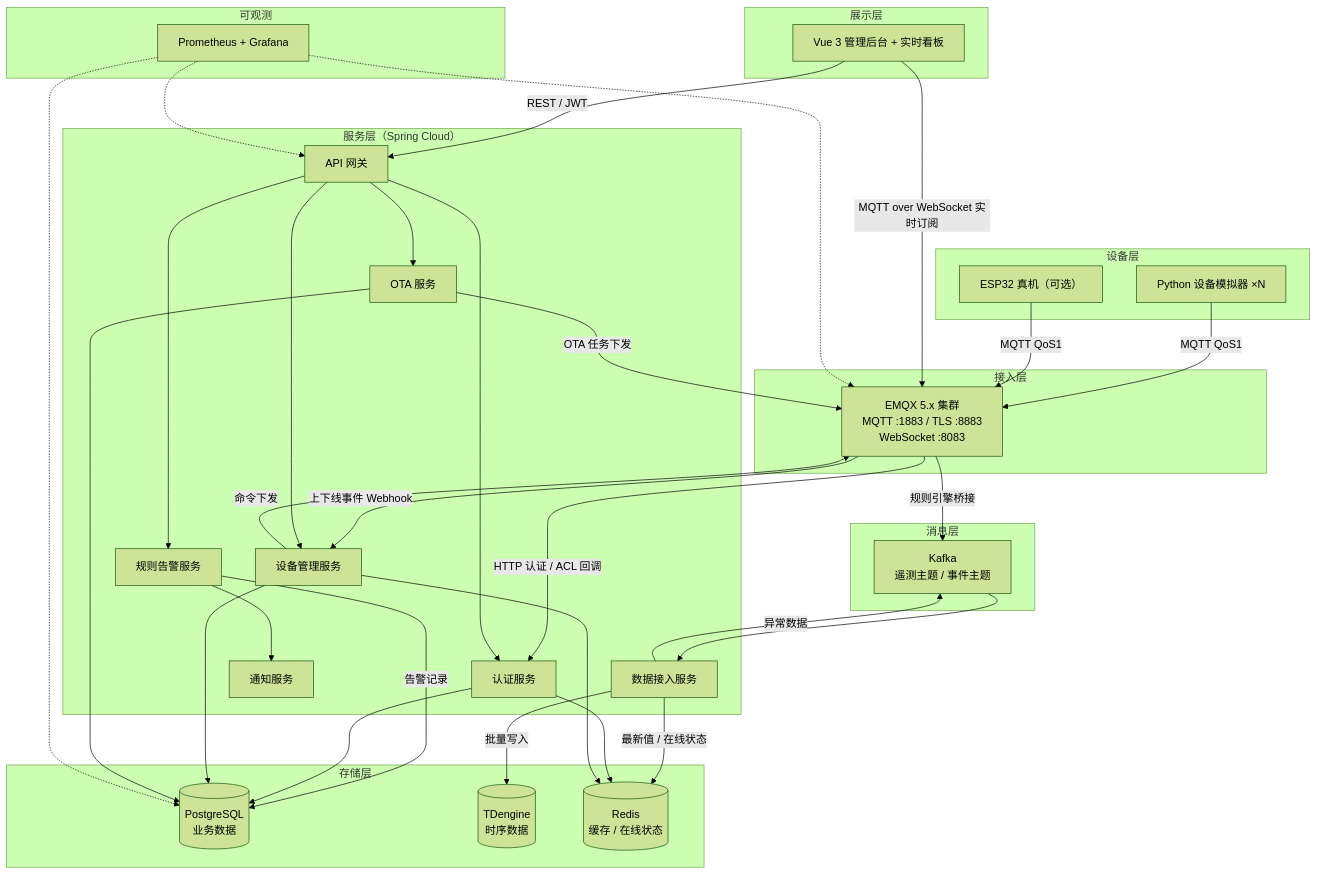
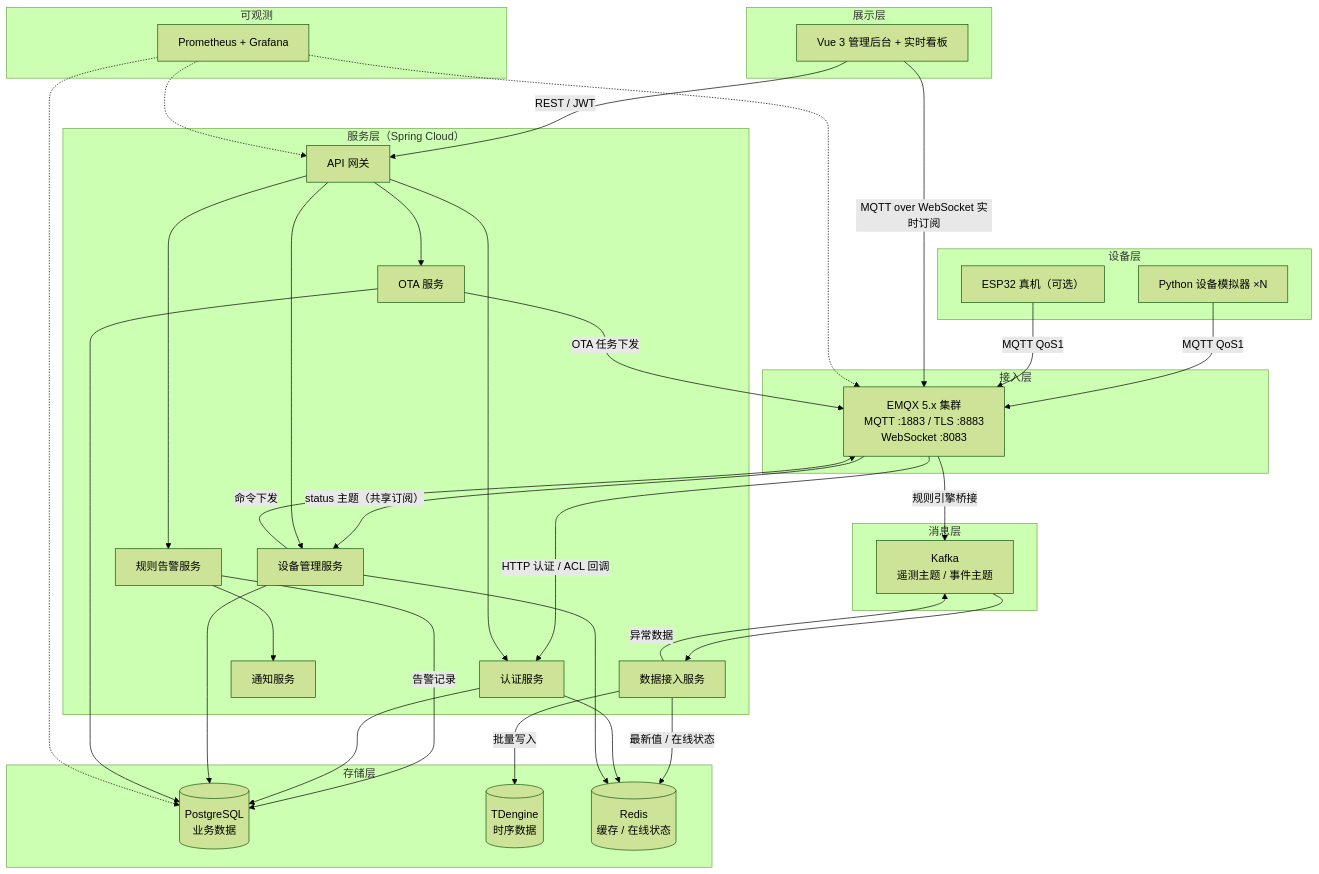
The first of 15 diagrams in docs/design.md (wuzhudexiaopacai/coherer), drawn with Mermaid (forest theme) before and after one commit. The commit also changed other lines of this file and 33 other files, not shown here.

````diff
--- a/docs/design.md
+++ b/docs/design.md
@@ -8,73 +8,73 @@
 ```mermaid
 flowchart TB
     subgraph DEV["设备层"]
         SIM["Python 设备模拟器 ×N"]
         ESP["ESP32 真机（可选）"]
     end
 
     subgraph ACCESS["接入层"]
         EMQX["EMQX 5.x 集群<br/>MQTT :1883 / TLS :8883<br/>WebSocket :8083"]
     end
 
     subgraph MSG["消息层"]
         KAFKA["Kafka<br/>遥测主题 / 事件主题"]
     end
 
     subgraph SVC["服务层（Spring Cloud）"]
         GW["API 网关"]
         AUTH["认证服务"]
         DEVSVC["设备管理服务"]
         INGEST["数据接入服务"]
         RULE["规则告警服务"]
         OTASVC["OTA 服务"]
         NOTIFY["通知服务"]
     end
 
     subgraph STORE["存储层"]
         PG[("PostgreSQL<br/>业务数据")]
         TD[("TDengine<br/>时序数据")]
         REDIS[("Redis<br/>缓存 / 在线状态")]
     end
 
     subgraph UI["展示层"]
         WEB["Vue 3 管理后台 + 实时看板"]
     end
 
     subgraph OBS["可观测"]
         PROM["Prometheus + Grafana"]
     end
 
     SIM -->|"MQTT QoS1"| EMQX
     ESP -->|"MQTT QoS1"| EMQX
     EMQX -->|"HTTP 认证 / ACL 回调"| AUTH
     EMQX -->|"规则引擎桥接"| KAFKA
-    EMQX -->|"上下线事件 Webhook"| DEVSVC
+    EMQX -->|"status 主题（共享订阅）"| DEVSVC
 
     KAFKA --> INGEST
     INGEST -->|"批量写入"| TD
     INGEST -->|"最新值 / 在线状态"| REDIS
     INGEST -->|"异常数据"| KAFKA
 
     RULE -->|"告警记录"| PG
     RULE --> NOTIFY
 
     GW --> AUTH
     GW --> DEVSVC
     GW --> RULE
     GW --> OTASVC
 
     WEB -->|"REST / JWT"| GW
     WEB -->|"MQTT over WebSocket 实时订阅"| EMQX
 
     AUTH --> REDIS
     AUTH --> PG
     DEVSVC --> PG
     DEVSVC --> REDIS
     DEVSVC -->|"命令下发"| EMQX
     OTASVC --> PG
     OTASVC -->|"OTA 任务下发"| EMQX
 
     PROM -.-> EMQX
     PROM -.-> GW
     PROM -.-> PG
 ```
````
